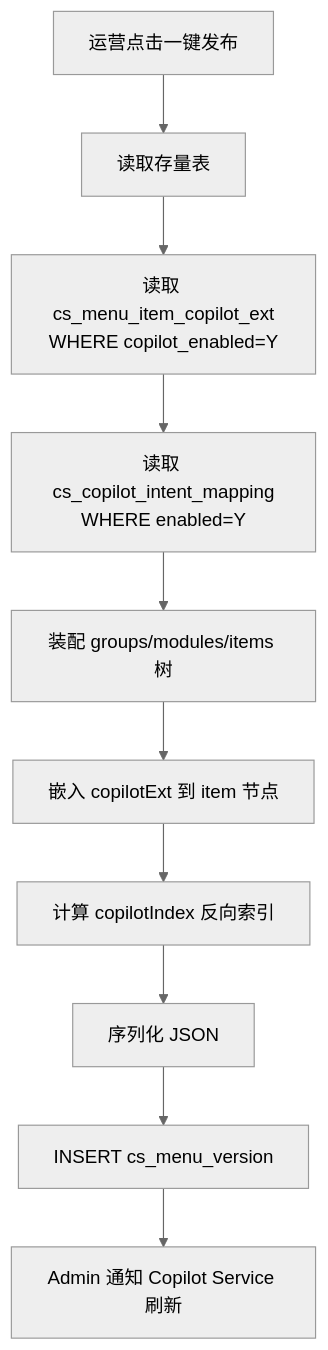
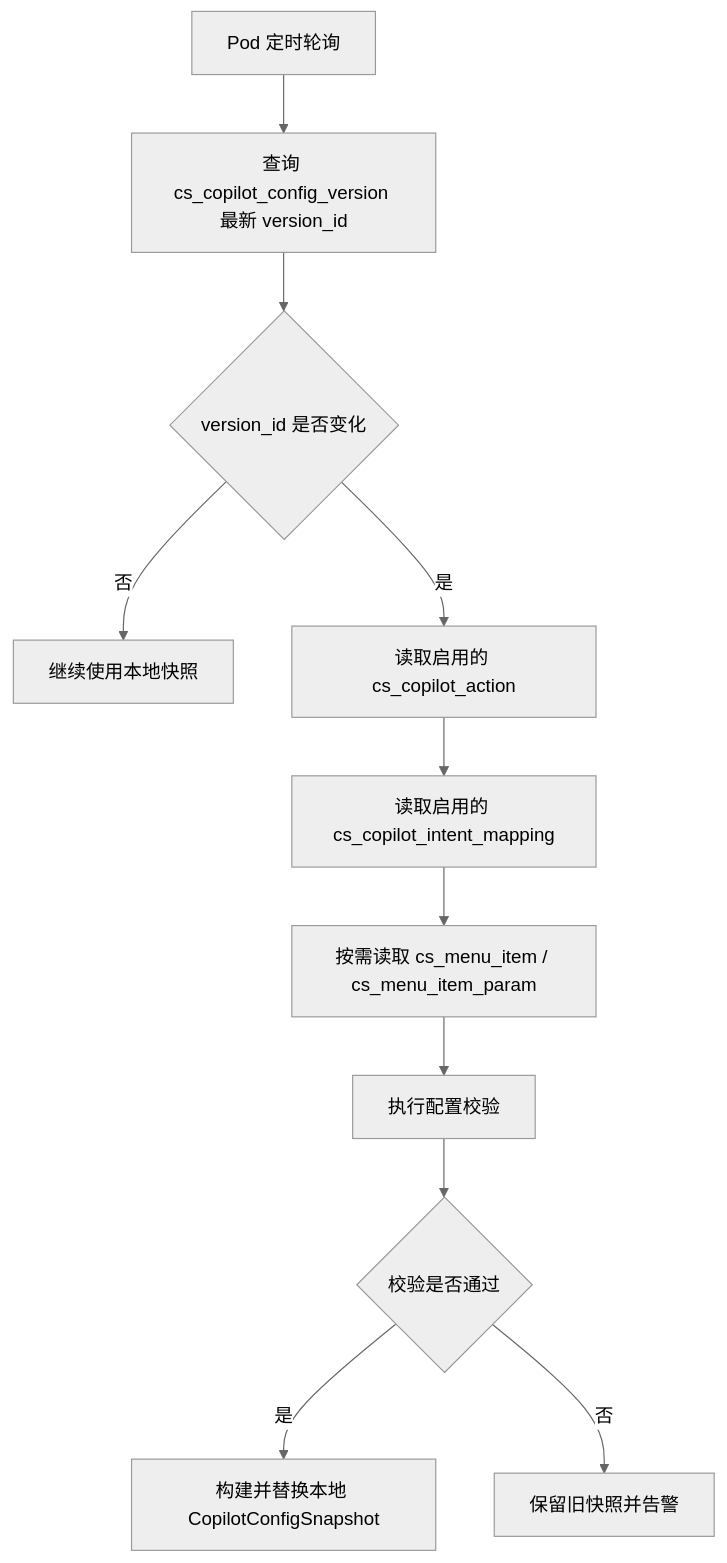
Diagram 19 of 24 in cs-copilot-service/docs/dd-v1.2.md (qzz617/copilot), drawn with Mermaid (neutral theme) before and after one commit. The commit also changed other lines of this file and 24 other files, not shown here.

Commit message:
Align copilot action config schema

````diff
--- a/cs-copilot-service/docs/dd-v1.2.md
+++ b/cs-copilot-service/docs/dd-v1.2.md
@@ -3039,12 +2959,13 @@
 ```mermaid
 flowchart TD
-    A[运营点击一键发布] --> B[读取存量表]
-    B --> C[读取 cs_menu_item_copilot_ext<br/>WHERE copilot_enabled=Y]
-    C --> D[读取 cs_copilot_intent_mapping<br/>WHERE enabled=Y]
-    D --> E[装配 groups/modules/items 树]
-    E --> F[嵌入 copilotExt 到 item 节点]
-    F --> G[计算 copilotIndex 反向索引]
-    G --> H[序列化 JSON]
-    H --> I[INSERT cs_menu_version]
-    I --> J[Admin 通知 Copilot Service 刷新]
+    A[Pod 定时轮询] --> B[查询 cs_copilot_config_version 最新 version_id]
+    B --> C{version_id 是否变化}
+    C -- 否 --> D[继续使用本地快照]
+    C -- 是 --> E[读取启用的 cs_copilot_action]
+    E --> F[读取启用的 cs_copilot_intent_mapping]
+    F --> G[按需读取 cs_menu_item / cs_menu_item_param]
+    G --> H[执行配置校验]
+    H --> I{校验是否通过}
+    I -- 是 --> J[构建并替换本地 CopilotConfigSnapshot]
+    I -- 否 --> K[保留旧快照并告警]
 ```
````
